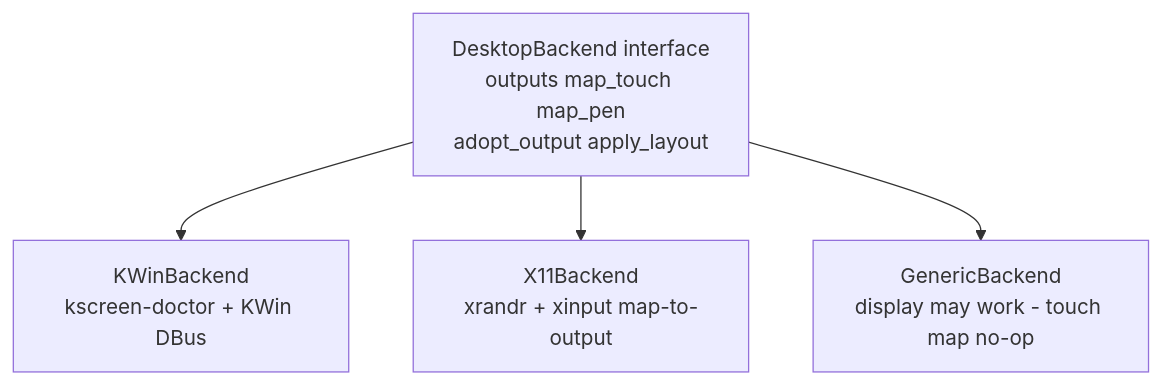
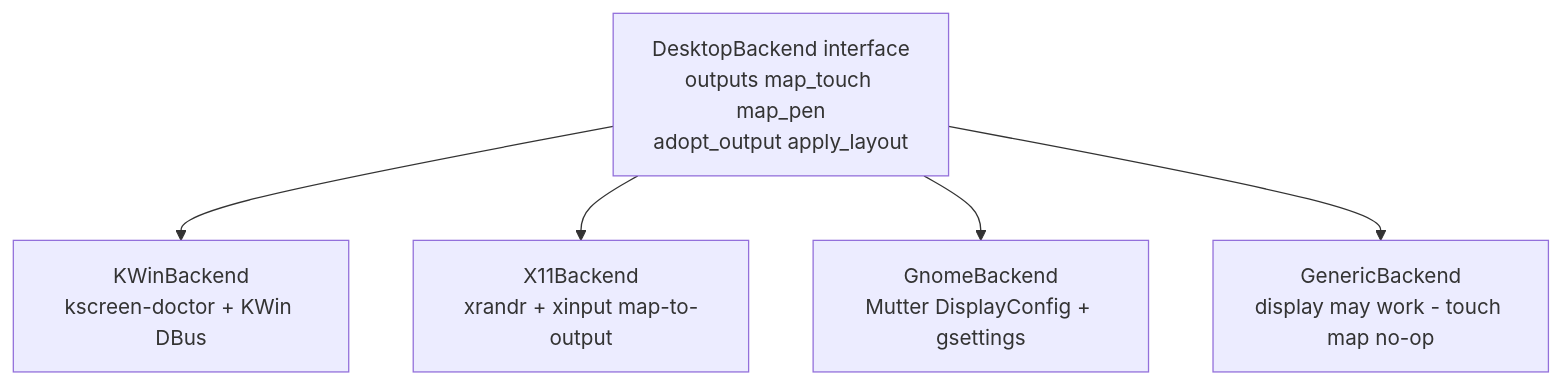
One commit to Spinjitsudoom/droppix changed the eighth of 10 diagrams in docs/ARCHITECTURE.md. Above: the diagram before and after it, drawn with Mermaid. The commit also changed other lines of this file and 29 other files, not shown here.

First line of the commit message:
feat(host): GNOME Wayland backend; fix the stylus libinput ignored

````diff
--- a/docs/ARCHITECTURE.md
+++ b/docs/ARCHITECTURE.md
@@ -214,7 +214,8 @@
 ```mermaid
 graph TB
     IFACE["DesktopBackend interface<br/>outputs map_touch map_pen<br/>adopt_output apply_layout"]
     IFACE --> KWIN["KWinBackend<br/>kscreen-doctor + KWin DBus"]
     IFACE --> X11["X11Backend<br/>xrandr + xinput map-to-output"]
+    IFACE --> GNOME["GnomeBackend<br/>Mutter DisplayConfig + gsettings"]
     IFACE --> GEN["GenericBackend<br/>display may work - touch map no-op"]
 ```
````
